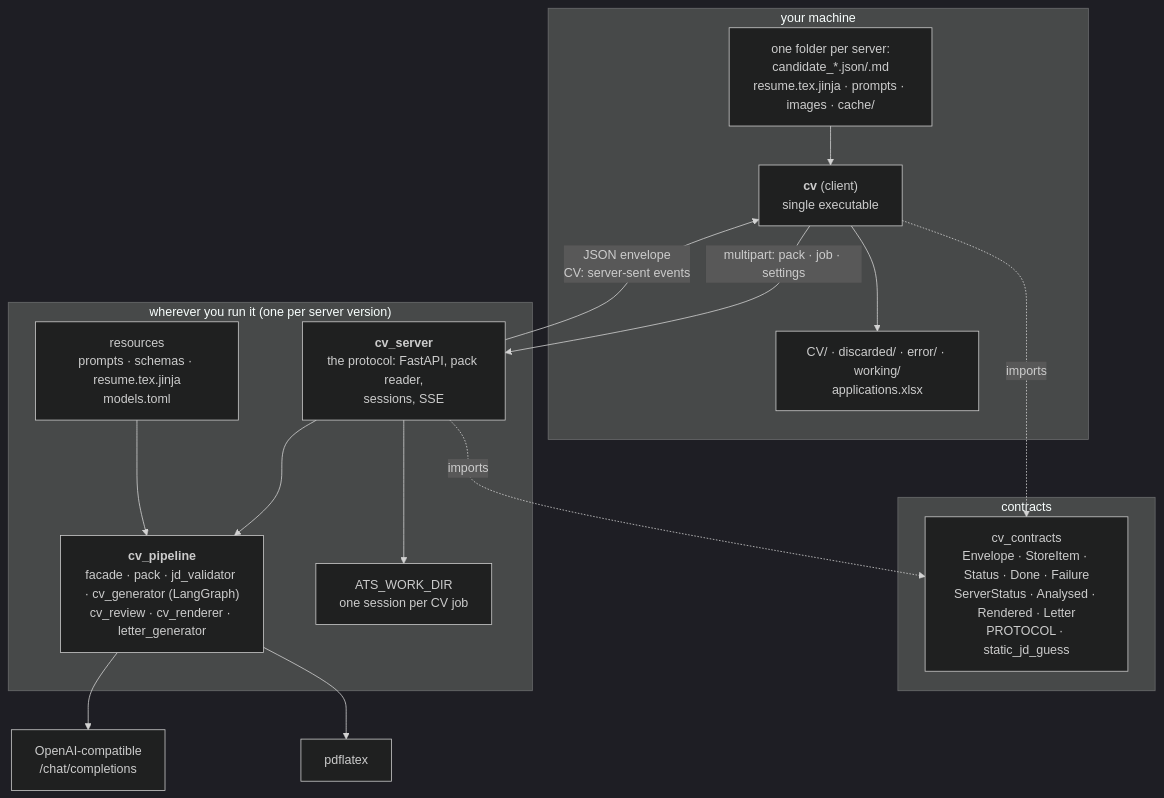
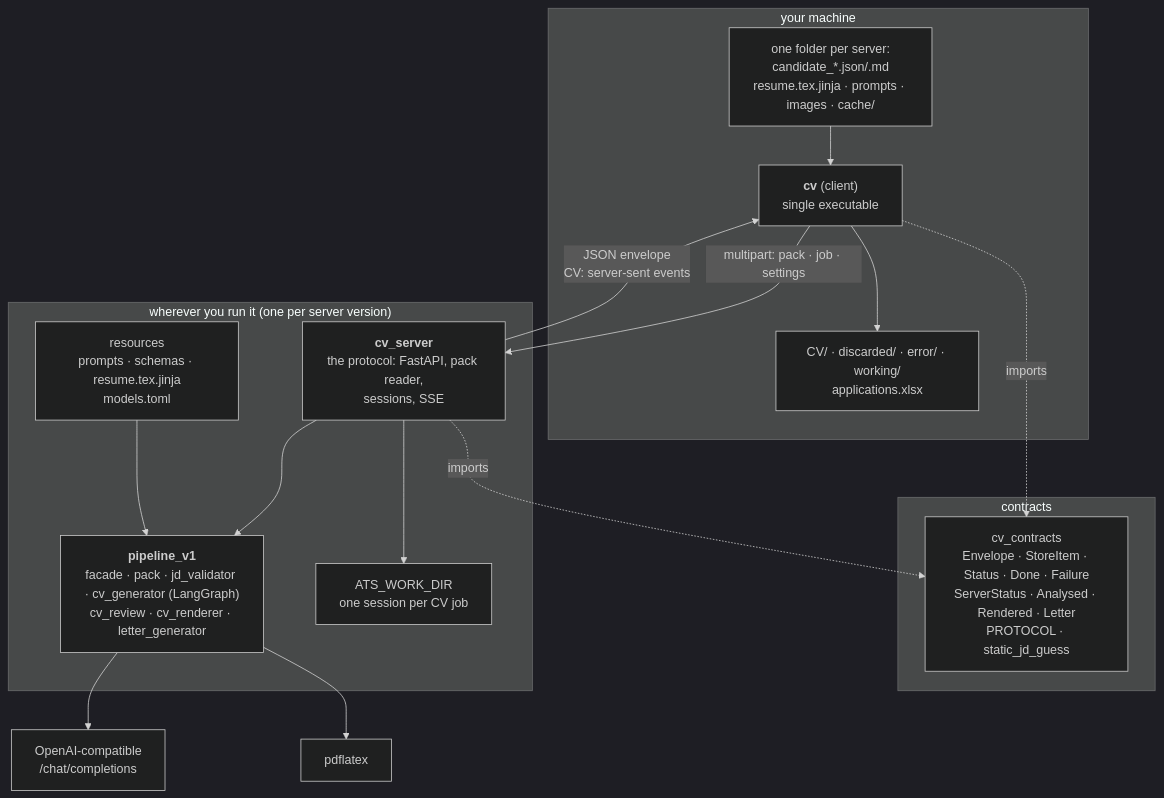
Before and after one commit to gcontini/ats-strike: the first of 2 diagrams in doc/architecture.md, drawn with Mermaid (dark theme). The commit also changed other lines of this file and 49 other files, not shown here.

````diff
--- a/doc/architecture.md
+++ b/doc/architecture.md
@@ -5,34 +5,34 @@
 ```mermaid
 flowchart TB
     subgraph your["your machine"]
         CLI["<b>cv</b> (client)<br/>single executable"]
         FILES["one folder per server:<br/>candidate_*.json/.md<br/>resume.tex.jinja · prompts · images · cache/"]
         OUT["CV/ · discarded/ · error/ · working/<br/>applications.xlsx"]
         FILES --> CLI
         CLI --> OUT
     end
 
     subgraph wire["contracts"]
         CT["cv_contracts<br/>Envelope · StoreItem · Status · Done · Failure<br/>ServerStatus · Analysed · Rendered · Letter<br/>PROTOCOL · static_jd_guess"]
     end
 
     subgraph host["wherever you run it (one per server version)"]
         API["<b>cv_server</b><br/>the protocol: FastAPI, pack reader,<br/>sessions, SSE"]
-        PIPE["<b>cv_pipeline</b><br/>facade · pack · jd_validator · cv_generator (LangGraph)<br/>cv_review · cv_renderer · letter_generator"]
+        PIPE["<b>pipeline_v1</b><br/>facade · pack · jd_validator · cv_generator (LangGraph)<br/>cv_review · cv_renderer · letter_generator"]
         RES["resources<br/>prompts · schemas · resume.tex.jinja<br/>models.toml"]
         STORE["ATS_WORK_DIR<br/>one session per CV job"]
         API --> PIPE
         RES --> PIPE
         API --> STORE
     end
 
     PROV["OpenAI-compatible<br/>/chat/completions"]
     TEX["pdflatex"]
 
     CLI -->|"multipart: pack · job · settings"| API
     API -->|"JSON envelope<br/>CV: server-sent events"| CLI
     CLI -.imports.-> CT
     API -.imports.-> CT
     PIPE --> PROV
     PIPE --> TEX
 ```
````
